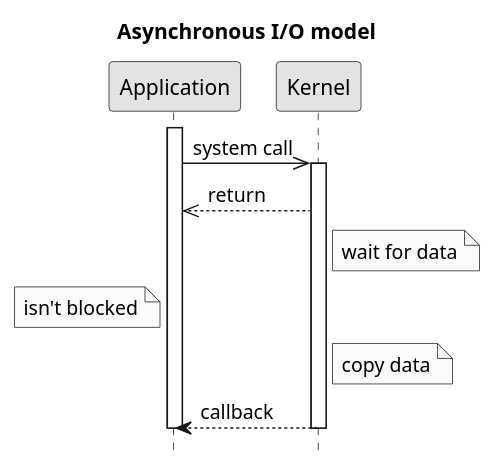
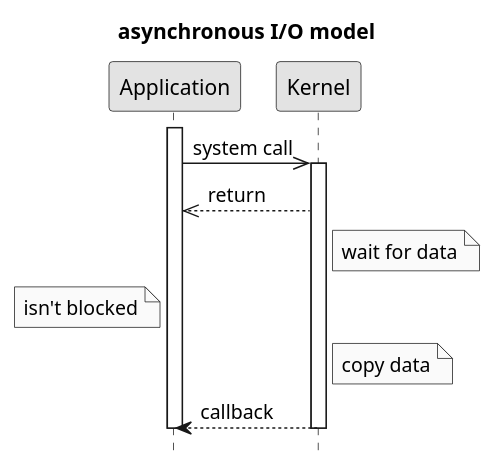
Before and after one commit to c0p4c4b4n4/demo-sockets-io-nio-nio2: the diagram in doc/plantuml/5. asynchronous IO model.puml, drawn with PlantUML. The commit also changed 3 other files, not shown here.

```diff
--- a/doc/plantuml/5. asynchronous IO model.puml
+++ b/doc/plantuml/5. asynchronous IO model.puml
@@ -1,16 +1,16 @@
 @startuml
-title Asynchronous I/O model
+title asynchronous I/O model
 hide footbox
 skinparam monochrome true
 skinparam shadowing false
 activate Application
 Application->>Kernel: system call
 activate Kernel
 Kernel-->>Application: return
 Note right of Kernel: wait for data
 Note left of Application: isn't blocked
 Note right of Kernel: copy data
 Kernel-->Application: callback
 deactivate Kernel
 deactivate Application
 @enduml
```
